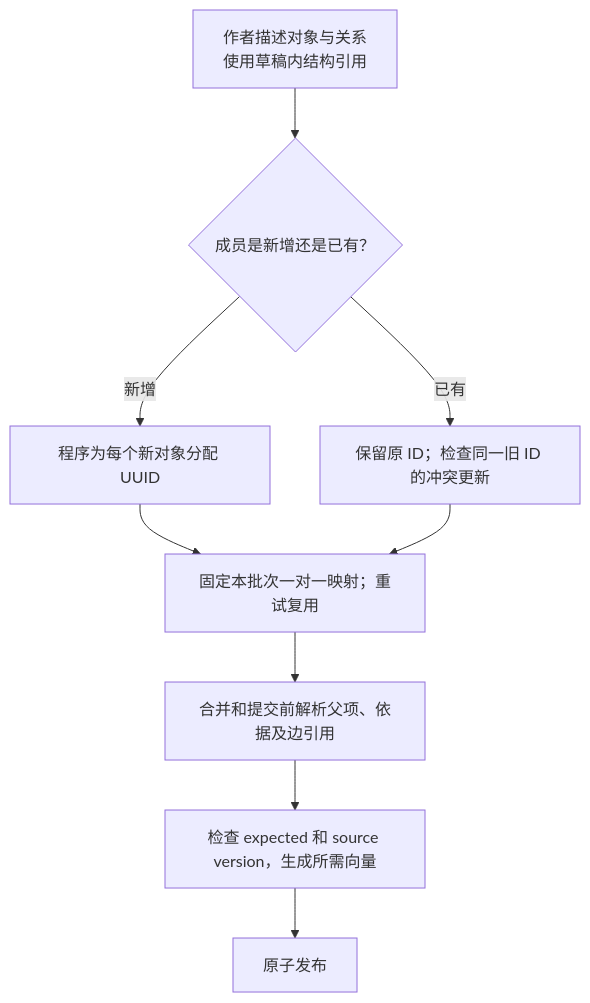
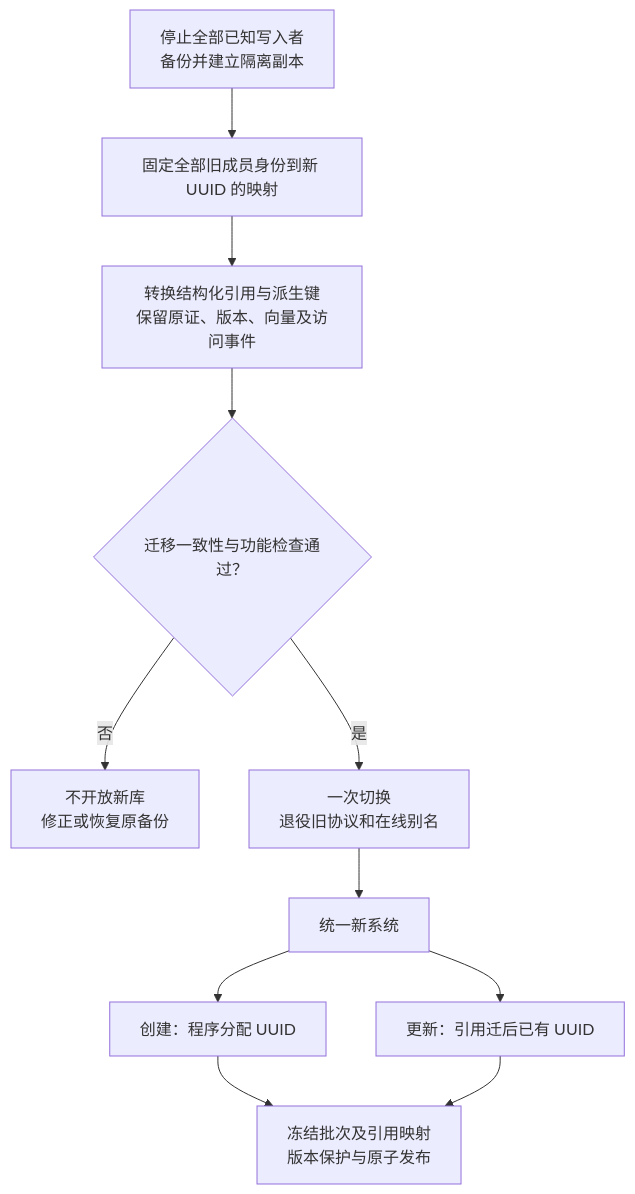
The second of 4 diagrams in devDoc/tasks/20261114-delivery-closeout/diagrams.md (YS-Pan/basePack), drawn with Mermaid before and after one commit. The commit also changed other lines of this file and 3 other files, not shown here.

````diff
--- a/devDoc/tasks/20261114-delivery-closeout/diagrams.md
+++ b/devDoc/tasks/20261114-delivery-closeout/diagrams.md
@@ -24,12 +24,13 @@
 ```mermaid
 flowchart TD
-    B["作者描述对象与关系<br/>使用草稿内结构引用"]
-    B --> C{"成员是新增还是已有？"}
-    C -->|新增| D["程序为每个新对象分配 UUID"]
-    C -->|已有| E["保留原 ID；检查同一旧 ID 的冲突更新"]
-    D --> F["固定本批次一对一映射；重试复用"]
-    E --> F
-    F --> G["合并和提交前解析父项、依据及边引用"]
-    G --> H["检查 expected 和 source version，生成所需向量"]
-    H --> I["原子发布"]
+    A["停止全部已知写入者<br/>备份并建立隔离副本"] --> B["固定全部旧成员身份到新 UUID 的映射"]
+    B --> C["转换结构化引用与派生键<br/>保留原证、版本、向量及访问事件"]
+    C --> D{"迁移一致性与功能检查通过？"}
+    D -->|否| E["不开放新库<br/>修正或恢复原备份"]
+    D -->|是| F["一次切换<br/>退役旧协议和在线别名"]
+    F --> G["统一新系统"]
+    G --> H["创建：程序分配 UUID"]
+    G --> I["更新：引用迁后已有 UUID"]
+    H --> J["冻结批次及引用映射<br/>版本保护与原子发布"]
+    I --> J
 ```
````
